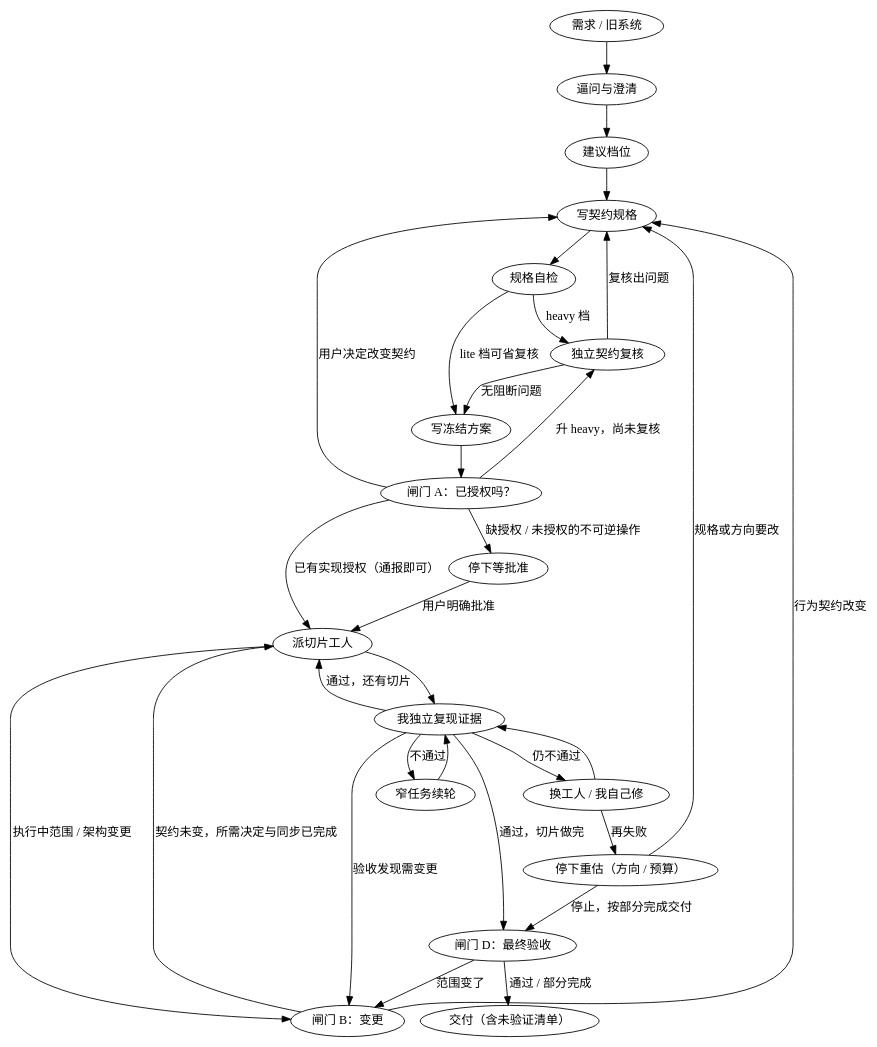
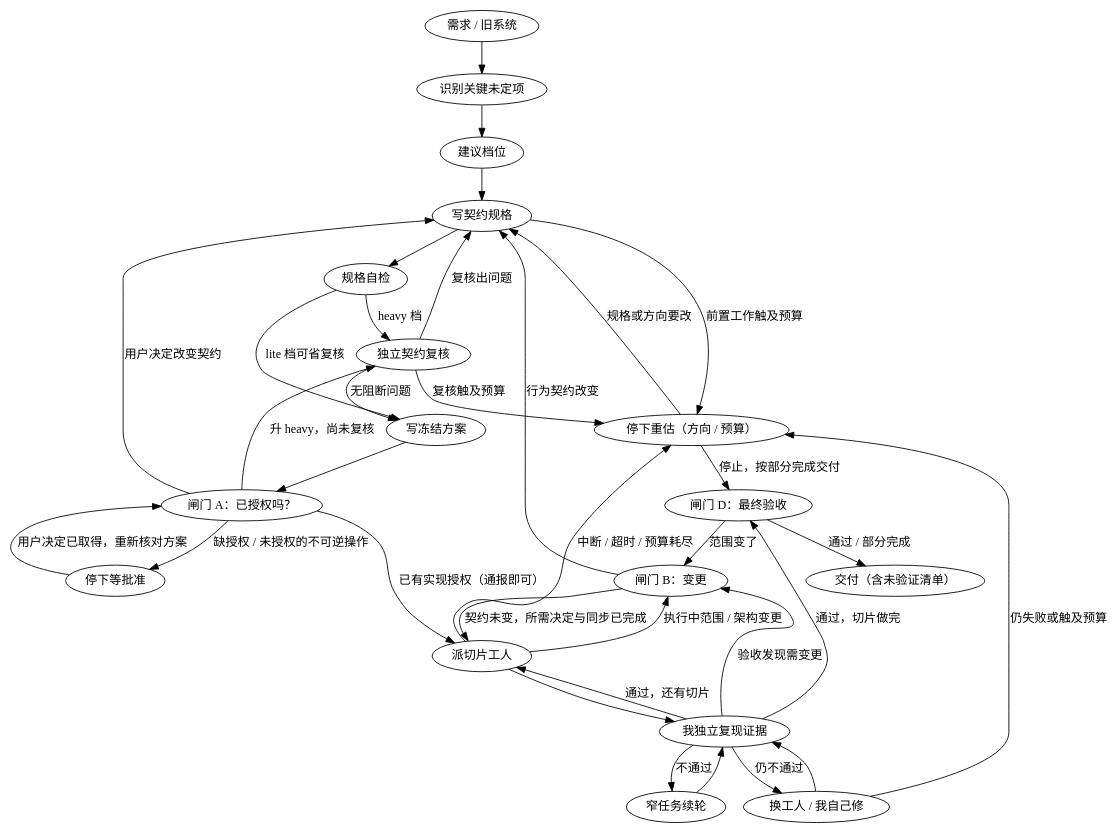
One commit to Leexunhuan743/orchestrated-build changed the diagram in SKILL.md. Above: the diagram before and after it, drawn with Graphviz. The commit also changed other lines of this file and 10 other files, not shown here.

````diff
--- a/SKILL.md
+++ b/SKILL.md
@@ -28,34 +28,37 @@
 ```dot
 digraph loop {
-  "需求 / 旧系统" -> "逼问与澄清";
-  "逼问与澄清" -> "建议档位";
+  "需求 / 旧系统" -> "识别关键未定项";
+  "识别关键未定项" -> "建议档位";
   "建议档位" -> "写契约规格";
   "写契约规格" -> "规格自检";
   "规格自检" -> "独立契约复核" [label="heavy 档"];
   "规格自检" -> "写冻结方案" [label="lite 档可省复核"];
   "独立契约复核" -> "写冻结方案" [label="无阻断问题"];
   "独立契约复核" -> "写契约规格" [label="复核出问题"];
   "写冻结方案" -> "闸门 A：已授权吗？";
   "闸门 A：已授权吗？" -> "写契约规格" [label="用户决定改变契约"];
   "闸门 A：已授权吗？" -> "独立契约复核" [label="升 heavy，尚未复核"];
   "闸门 A：已授权吗？" -> "停下等批准" [label="缺授权 / 未授权的不可逆操作"];
-  "停下等批准" -> "派切片工人" [label="用户明确批准"];
+  "停下等批准" -> "闸门 A：已授权吗？" [label="用户决定已取得，重新核对方案"];
   "闸门 A：已授权吗？" -> "派切片工人" [label="已有实现授权（通报即可）"];
   "派切片工人" -> "我独立复现证据";
   "派切片工人" -> "闸门 B：变更" [label="执行中范围 / 架构变更"];
   "我独立复现证据" -> "窄任务续轮" [label="不通过"];
   "窄任务续轮" -> "我独立复现证据";
   "我独立复现证据" -> "换工人 / 我自己修" [label="仍不通过"];
   "换工人 / 我自己修" -> "我独立复现证据";
-  "换工人 / 我自己修" -> "停下重估（方向 / 预算）" [label="再失败"];
+  "换工人 / 我自己修" -> "停下重估（方向 / 预算）" [label="仍失败或触及预算"];
+  "写契约规格" -> "停下重估（方向 / 预算）" [label="前置工作触及预算"];
+  "独立契约复核" -> "停下重估（方向 / 预算）" [label="复核触及预算"];
+  "派切片工人" -> "停下重估（方向 / 预算）" [label="中断 / 超时 / 预算耗尽"];
   "停下重估（方向 / 预算）" -> "写契约规格" [label="规格或方向要改"];
   "停下重估（方向 / 预算）" -> "闸门 D：最终验收" [label="停止，按部分完成交付"];
   "我独立复现证据" -> "派切片工人" [label="通过，还有切片"];
   "我独立复现证据" -> "闸门 D：最终验收" [label="通过，切片做完"];
   "我独立复现证据" -> "闸门 B：变更" [label="验收发现需变更"];
   "闸门 D：最终验收" -> "闸门 B：变更" [label="范围变了"];
   "闸门 B：变更" -> "写契约规格" [label="行为契约改变"];
   "闸门 B：变更" -> "派切片工人" [label="契约未变，所需决定与同步已完成"];
   "闸门 D：最终验收" -> "交付（含未验证清单）" [label="通过 / 部分完成"];
 }
 ```
````
